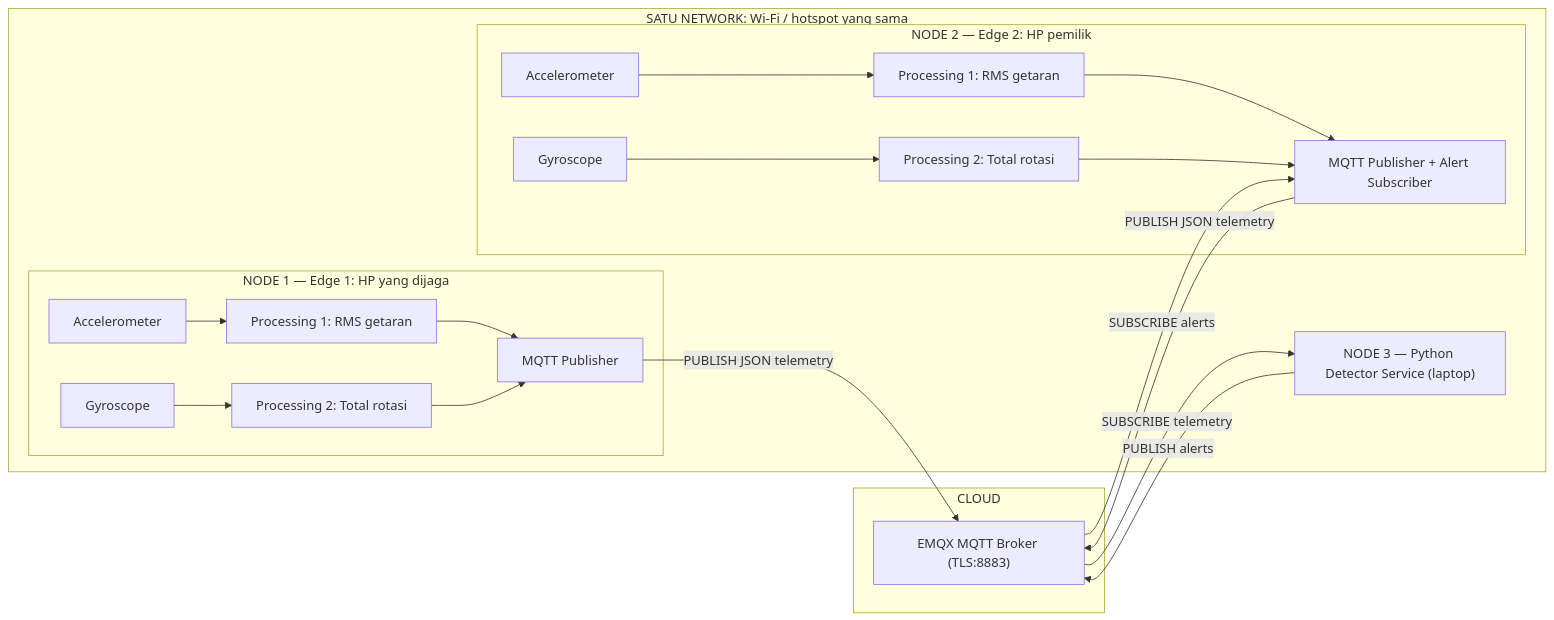
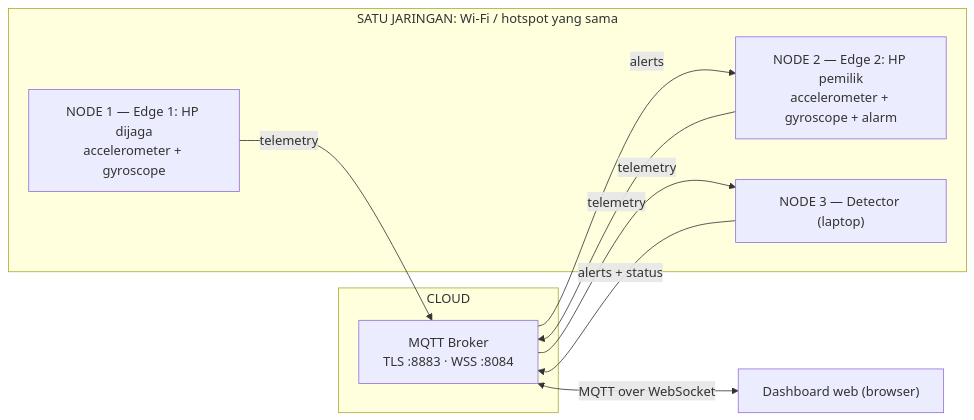
One commit to JustinCLT/baby-monitor-iot changed the diagram in README.md. Above: the diagram before and after it, drawn with Mermaid. The commit also changed other lines of this file and 16 other files, not shown here.

First line of the commit message:
feat: dashboard web, alarm HP B, status detector, dan rapikan dokumentasi

````diff
--- a/README.md
+++ b/README.md
@@ -9,26 +21,18 @@
 ```mermaid
 flowchart LR
-    subgraph WIFI["SATU NETWORK: Wi-Fi / hotspot yang sama"]
-        subgraph E1["NODE 1 — Edge 1: HP yang dijaga"]
-            A1["Accelerometer"] --> P1["Processing 1: RMS getaran"]
-            G1["Gyroscope"] --> R1["Processing 2: Total rotasi"]
-            P1 --> PUB1["MQTT Publisher"]
-            R1 --> PUB1
-        end
-        subgraph E2["NODE 2 — Edge 2: HP pemilik"]
-            A2["Accelerometer"] --> P2["Processing 1: RMS getaran"]
-            G2["Gyroscope"] --> R2["Processing 2: Total rotasi"]
-            P2 --> PUB2["MQTT Publisher + Alert Subscriber"]
-            R2 --> PUB2
-        end
-        D["NODE 3 — Python Detector Service (laptop)"]
+    subgraph WIFI["SATU JARINGAN: Wi-Fi / hotspot yang sama"]
+        E1["NODE 1 — Edge 1: HP dijaga<br/>accelerometer + gyroscope"]
+        E2["NODE 2 — Edge 2: HP pemilik<br/>accelerometer + gyroscope + alarm"]
+        D["NODE 3 — Detector (laptop)"]
     end
     subgraph CLOUD["CLOUD"]
-        M["EMQX MQTT Broker (TLS:8883)"]
+        M["MQTT Broker<br/>TLS :8883 · WSS :8084"]
     end
-    PUB1 -->|"PUBLISH JSON telemetry"| M
-    PUB2 -->|"PUBLISH JSON telemetry"| M
-    M -->|"SUBSCRIBE telemetry"| D
-    D -->|"PUBLISH alerts"| M
-    M -->|"SUBSCRIBE alerts"| PUB2
+    W["Dashboard web (browser)"]
+    E1 -->|"telemetry"| M
+    E2 -->|"telemetry"| M
+    M -->|"telemetry"| D
+    D -->|"alerts + status"| M
+    M -->|"alerts"| E2
+    M <-->|"MQTT over WebSocket"| W
 ```
````
